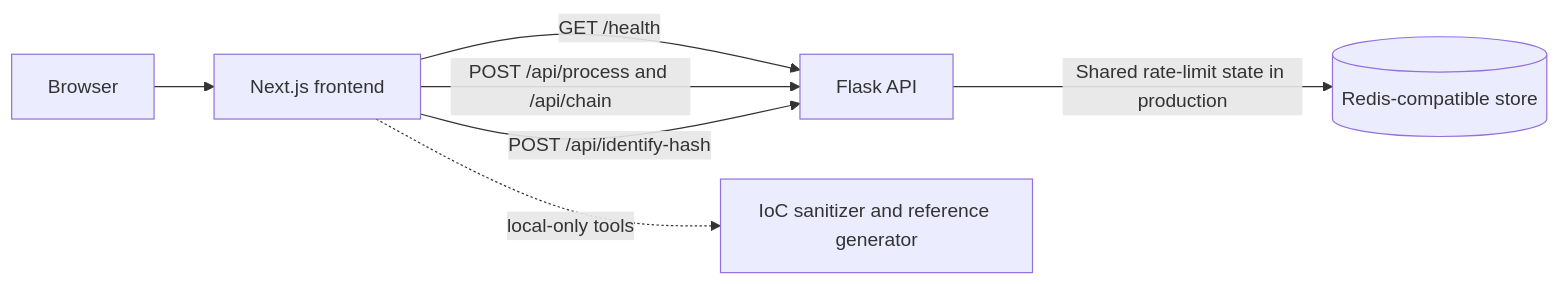
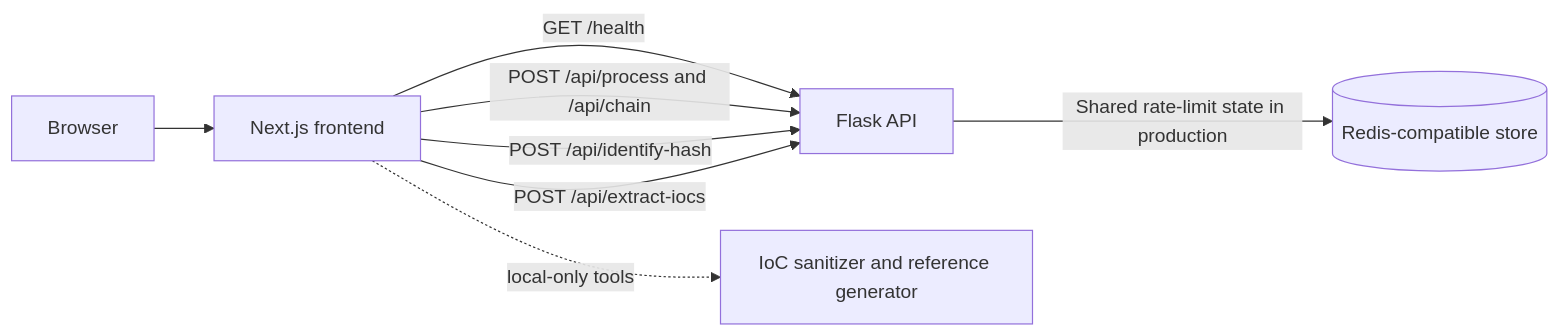
The diagram in README.md (AdithyaValke/Sentinel-X-Toolkit), drawn with Mermaid before and after one commit. The commit also changed other lines of this file and 3 other files, not shown here.

```diff
--- a/README.md
+++ b/README.md
@@ -87,9 +89,10 @@
 ~~~mermaid
 flowchart LR
     U[Browser] --> N[Next.js frontend]
     N -->|GET /health| F[Flask API]
     N -->|POST /api/process and /api/chain| F
     N -->|POST /api/identify-hash| F
+    N -->|POST /api/extract-iocs| F
     F -->|Shared rate-limit state in production| R[(Redis-compatible store)]
     N -. local-only tools .-> L[IoC sanitizer and reference generator]
 ~~~
```
